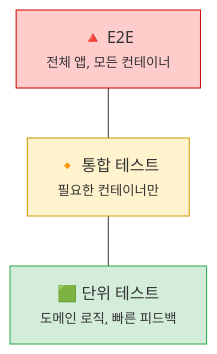
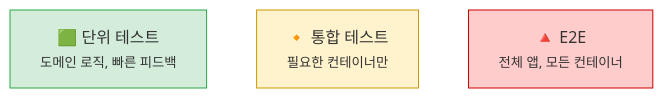
The third of 3 diagrams in content/posts/2024-08-10-testcontainers-integration-test-strategy.md (Gyeom/dev-notes), drawn with Mermaid before and after one commit. The commit also changed other lines of this file and 1 other file, not shown here.

Commit message:
Update: DLQ 포스트 제목/본문 수정 (PostgreSQL → DB 기반), testcontainers Mermaid 레이아웃 개선

````diff
--- a/content/posts/2024-08-10-testcontainers-integration-test-strategy.md
+++ b/content/posts/2024-08-10-testcontainers-integration-test-strategy.md
@@ -712,12 +703,8 @@
 ```mermaid
-flowchart TB
-    E2E3["🔺 E2E<br/><small>전체 앱, 모든 컨테이너</small>"]
-    Integration3["🔸 통합 테스트<br/><small>필요한 컨테이너만</small>"]
-    Unit3["🟩 단위 테스트<br/><small>도메인 로직, 빠른 피드백</small>"]
-
-    E2E3 --- Integration3 --- Unit3
+flowchart LR
+    Unit3["🟩 단위 테스트<br/><small>도메인 로직, 빠른 피드백</small>"] ~~~ Integration3["🔸 통합 테스트<br/><small>필요한 컨테이너만</small>"] ~~~ E2E3["🔺 E2E<br/><small>전체 앱, 모든 컨테이너</small>"]
 
     style E2E3 fill:#ffcccc,stroke:#cc0000
     style Integration3 fill:#fff3cd,stroke:#cc9900
     style Unit3 fill:#d4edda,stroke:#28a745
 ```
````
